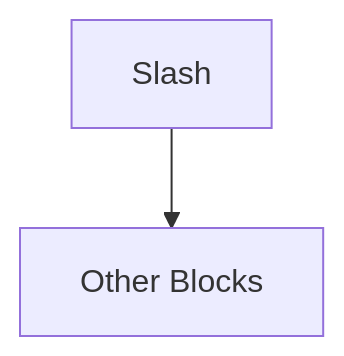
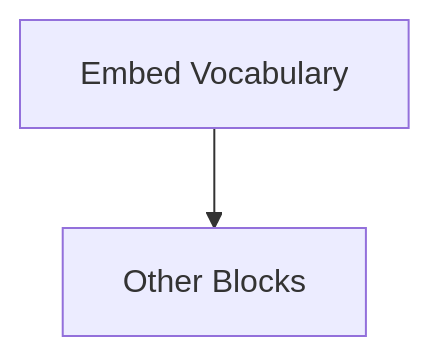
Before and after one commit to nowemoore/learning_optimiser: the diagram in README.md, drawn with Mermaid.

Commit message:
flowchart update

````diff
--- a/README.md
+++ b/README.md
@@ -3,4 +3,4 @@
 ```mermaid
 flowchart TD;
-  Slash --> Other[Other Blocks];
+  Embeddings[Embed Vocabulary] --> Other[Other Blocks];
 ```
````
